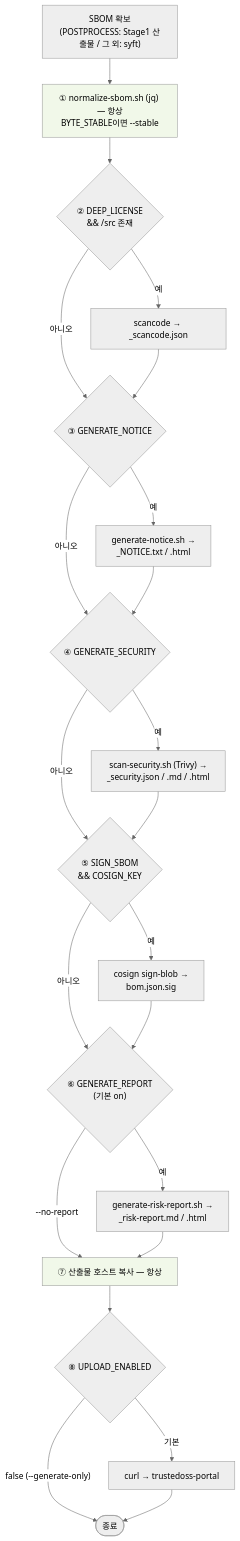
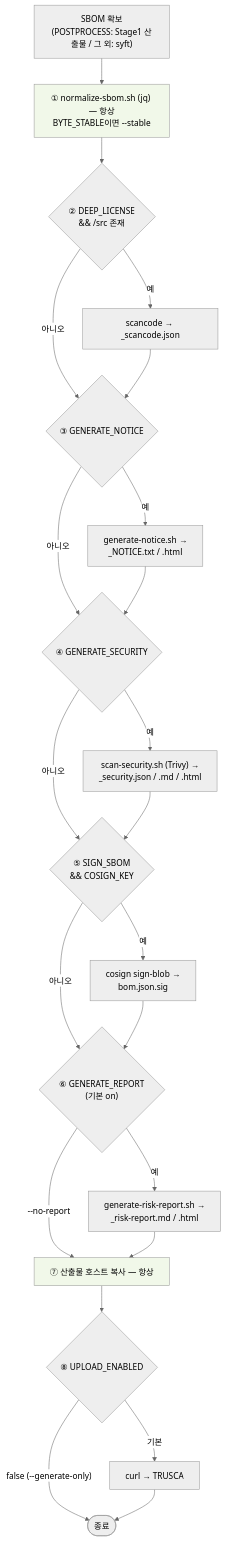
The fourth of 6 diagrams in docs/architecture.md (sktelecom/bomlens), drawn with Mermaid (neutral theme) before and after one commit. The commit also changed other lines of this file and 12 other files, not shown here.

First line of the commit message:
docs: rename trustedoss-portal to TRUSCA across docs and web UI comments

````diff
--- a/docs/architecture.md
+++ b/docs/architecture.md
@@ -215,27 +215,27 @@
 ```mermaid
 flowchart TD
     A["SBOM 확보<br/>(POSTPROCESS: Stage1 산출물 / 그 외: syft)"] --> B
     B["① normalize-sbom.sh (jq) — 항상<br/>BYTE_STABLE이면 --stable"] --> C
     C{"② DEEP_LICENSE<br/>&& /src 존재"} -->|예| C1["scancode → _scancode.json"]
     C -->|아니오| D
     C1 --> D
     D{"③ GENERATE_NOTICE"} -->|예| D1["generate-notice.sh →<br/>_NOTICE.txt / .html"]
     D -->|아니오| E
     D1 --> E
     E{"④ GENERATE_SECURITY"} -->|예| E1["scan-security.sh (Trivy) →<br/>_security.json / .md / .html"]
     E -->|아니오| F
     E1 --> F
     F{"⑤ SIGN_SBOM<br/>&& COSIGN_KEY"} -->|예| F1["cosign sign-blob →<br/>bom.json.sig"]
     F -->|아니오| R
     F1 --> R
     R{"⑥ GENERATE_REPORT<br/>(기본 on)"} -->|예| R1["generate-risk-report.sh →<br/>_risk-report.md / .html"]
     R -->|--no-report| G
     R1 --> G
     G["⑦ 산출물 호스트 복사 — 항상"] --> H
-    H{"⑧ UPLOAD_ENABLED"} -->|기본| H1["curl → trustedoss-portal"]
+    H{"⑧ UPLOAD_ENABLED"} -->|기본| H1["curl → TRUSCA"]
     H -->|"false (--generate-only)"| Z([종료])
     H1 --> Z
 
     style B fill:#f1f8e9
     style G fill:#f1f8e9
 ```
````
